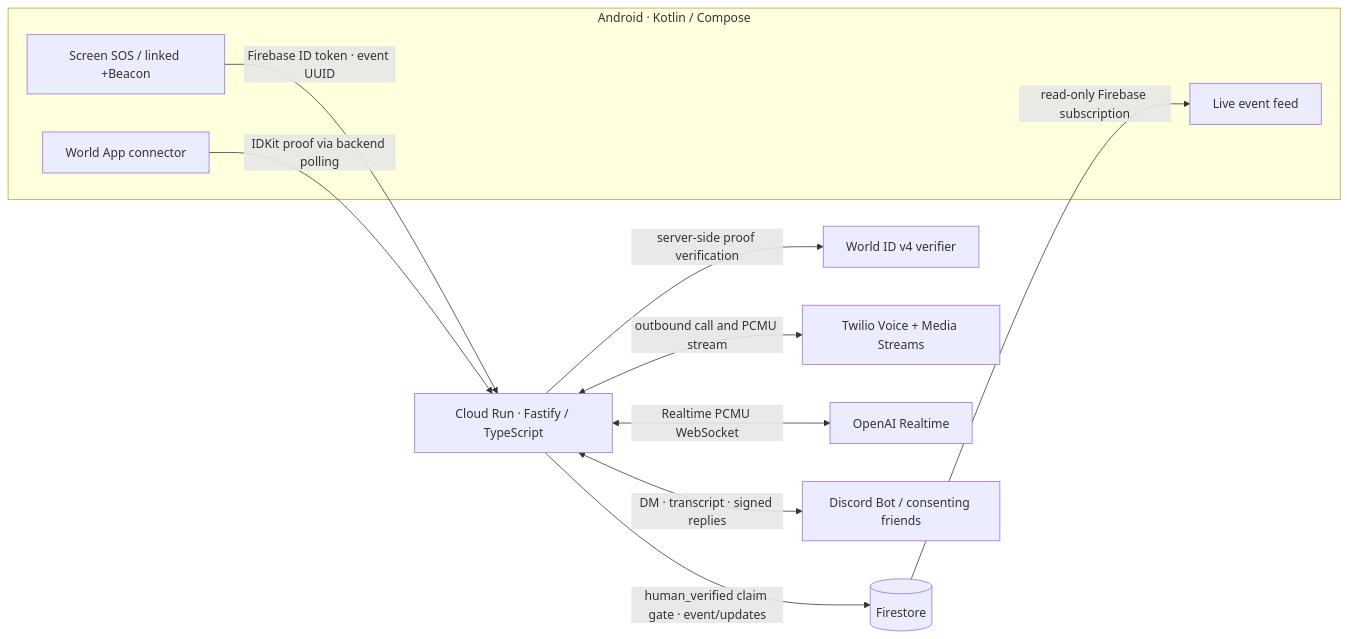
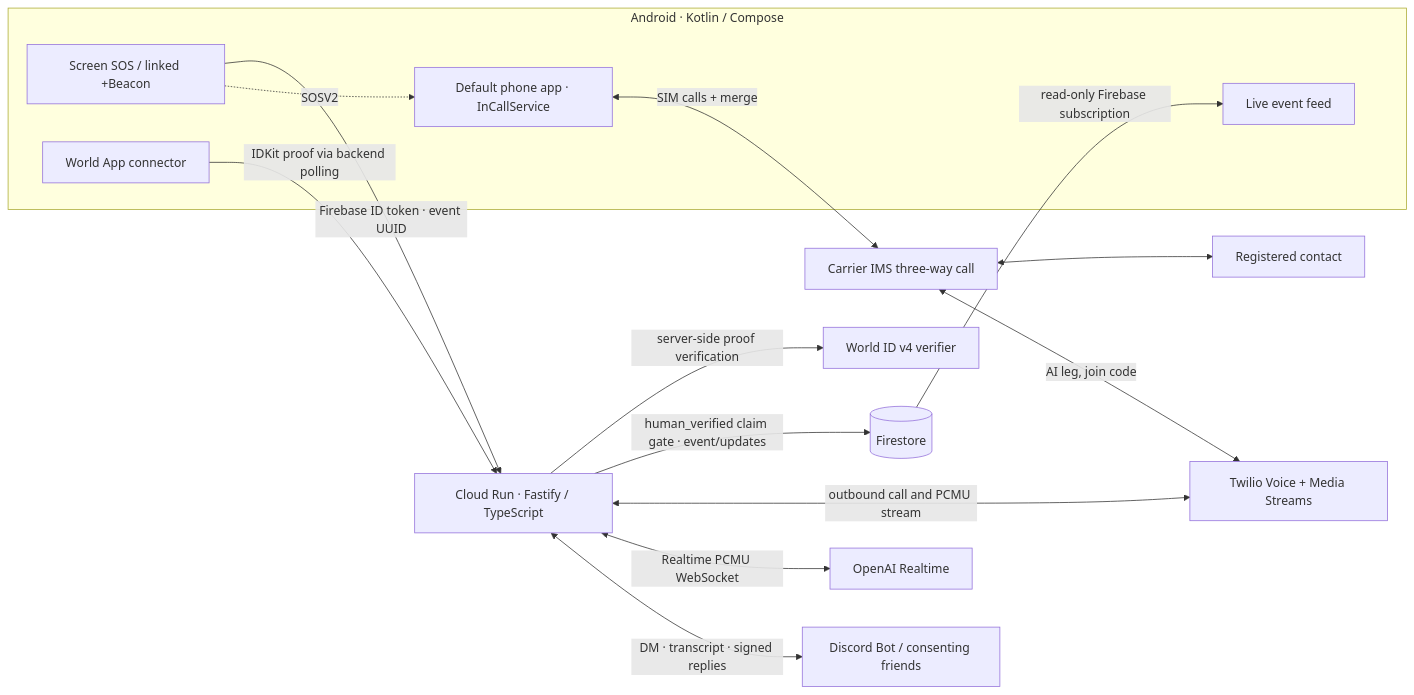
The diagram in README.md (rtree/LIFELiNK), drawn with Mermaid before and after one commit. The commit also changed other lines of this file and 3 other files, not shown here.

````diff
--- a/README.md
+++ b/README.md
@@ -63,22 +77,29 @@
 ```mermaid
 flowchart LR
 	subgraph Phone[Android · Kotlin / Compose]
 		SOS[Screen SOS / linked +Beacon]
 		ID[World App connector]
 		Feed[Live event feed]
+		Dialer[Default phone app · InCallService]
 	end
+	Carrier[Carrier IMS three-way call]
+	Contact[Registered contact]
 	World[World ID v4 verifier]
 	API[Cloud Run · Fastify / TypeScript]
 	DB[(Firestore)]
 	Voice[Twilio Voice + Media Streams]
 	AI[OpenAI Realtime]
 	Friends[Discord Bot / consenting friends]
 	SOS -->|Firebase ID token · event UUID| API
 	ID -->|IDKit proof via backend polling| API
 	API -->|server-side proof verification| World
 	API -->|human_verified claim gate · event/updates| DB
 	API <-->|outbound call and PCMU stream| Voice
 	API <-->|Realtime PCMU WebSocket| AI
 	API <-->|DM · transcript · signed replies| Friends
 	DB -->|read-only Firebase subscription| Feed
+	SOS -.->|SOSV2| Dialer
+	Dialer <-->|SIM calls + merge| Carrier
+	Carrier <--> Contact
+	Carrier <-->|AI leg, join code| Voice
 ```
````
